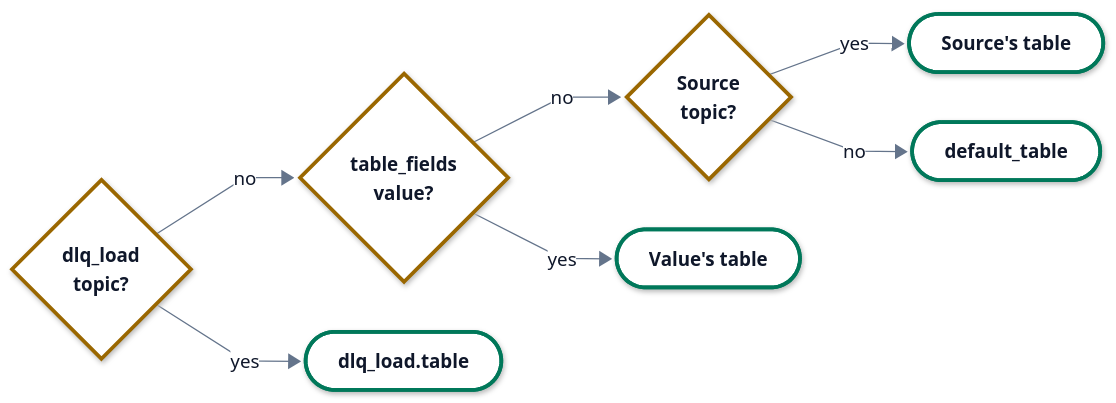
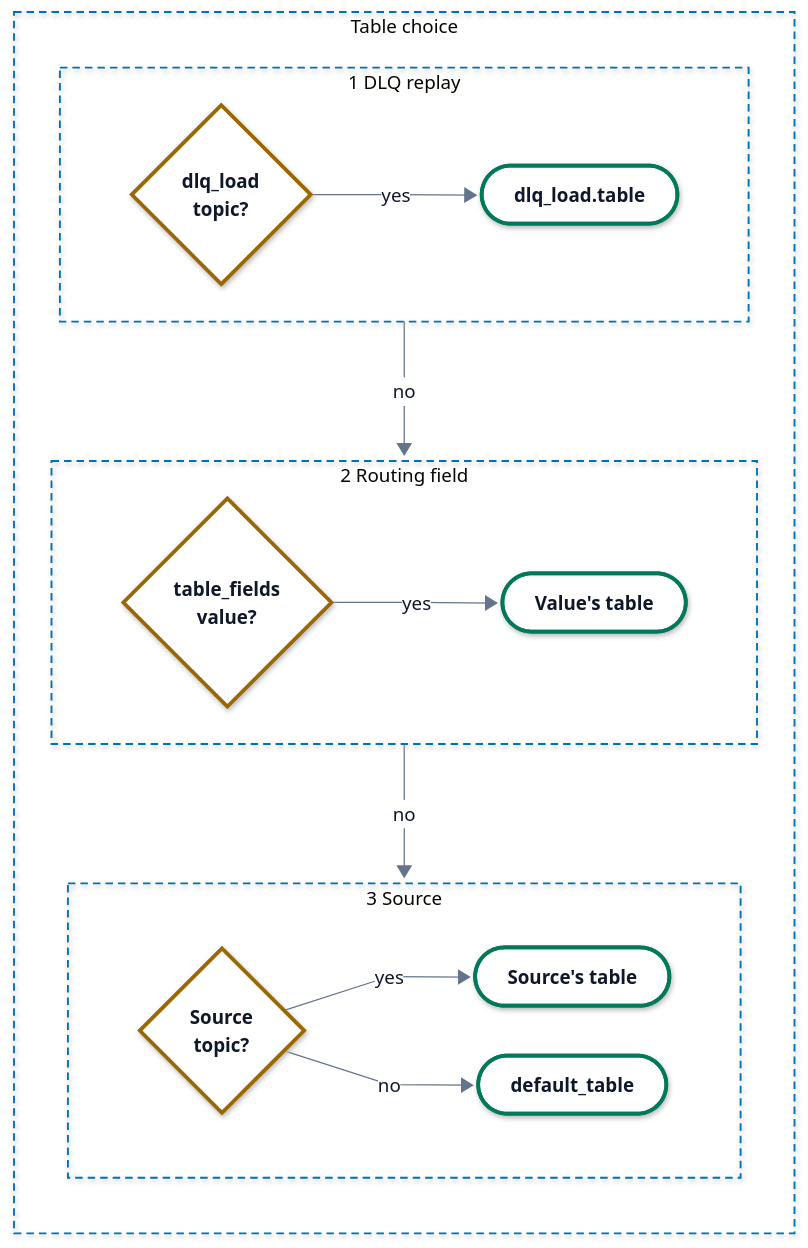
One commit to hyperi-io/dfe-loader changed the diagram in docs/pipeline/routing.md. Above: the diagram before and after it, drawn with Mermaid. The commit also changed other lines of this file and 19 other files, not shown here.

First line of the commit message:
docs(architecture): bring the loader pages to the architecture standard

````diff
--- a/docs/pipeline/routing.md
+++ b/docs/pipeline/routing.md
@@ -60,24 +60,39 @@
     .ui .label-icon{color:#D9480F}
     .ext .label-icon{color:#64748B}
 ---
-flowchart LR
+flowchart TB
     accTitle: L4 Detail -- Loader table choice
     accDescr: A message read from a dlq_load topic goes to dlq_load.table. Otherwise a table_fields value names the table. Otherwise a topic named for a source gives that source's table. Otherwise the message goes to default_table.
 
-    pin{"<b>dlq_load<br/>topic?</b>"}
-    field{"<b>table_fields<br/>value?</b>"}
-    topic{"<b>Source<br/>topic?</b>"}
-    replay(["<b>dlq_load.table</b>"])
-    value(["<b>Value's table</b>"])
-    source(["<b>Source's table</b>"])
-    fallback(["<b>default_table</b>"])
-
-    pin -->|no| field
-    pin -->|yes| replay
-    field -->|no| topic
-    field -->|yes| value
-    topic -->|yes| source
-    topic -->|no| fallback
+    subgraph choice["Table choice"]
+        direction TB
+        subgraph R1["1 DLQ replay"]
+            direction LR
+            pin{"<b>dlq_load<br/>topic?</b>"}
+            replay(["<b>dlq_load.table</b>"])
+            pin -->|yes| replay
+        end
+        subgraph R2["2 Routing field"]
+            direction LR
+            field{"<b>table_fields<br/>value?</b>"}
+            value(["<b>Value's table</b>"])
+            field -->|yes| value
+        end
+        subgraph R3["3 Source"]
+            direction LR
+            topic{"<b>Source<br/>topic?</b>"}
+            source(["<b>Source's table</b>"])
+            fallback(["<b>default_table</b>"])
+            topic -->|yes| source
+            topic -->|no| fallback
+        end
+        R1 -->|no| R2
+        R2 -->|no| R3
+    end
+  class pin,field,topic decision
+  class replay,value,source,fallback store
+  class pin,field,topic decision
+  class replay,value,source,fallback store
   classDef ext fill:#F4F6F8,stroke:#94A3B8,stroke-width:1.5px,stroke-dasharray:5 4,color:#0F172A
   classDef ingest fill:#FFFFFF,stroke:#0E8A7D,stroke-width:3px,color:#0F172A
   classDef xform fill:#FFFFFF,stroke:#7B4FB0,stroke-width:3px,color:#0F172A
@@ -89,6 +104,8 @@
   classDef error fill:#FFFFFF,stroke:#C2410C,stroke-width:3px,color:#0F172A
   classDef control fill:#FFFFFF,stroke:#334155,stroke-width:3px,color:#0F172A
   classDef part fill:#FFFFFF,stroke:#94A3B8,stroke-width:1.5px,color:#0F172A
-  class pin,field,topic decision
-  class replay,value,source,fallback store
+  style choice fill:none,stroke:#0072B2,stroke-width:1.5px,stroke-dasharray:6 4
+  style R1 fill:none,stroke:#0072B2,stroke-width:1.5px,stroke-dasharray:6 4
+  style R2 fill:none,stroke:#0072B2,stroke-width:1.5px,stroke-dasharray:6 4
+  style R3 fill:none,stroke:#0072B2,stroke-width:1.5px,stroke-dasharray:6 4
 ```
````
